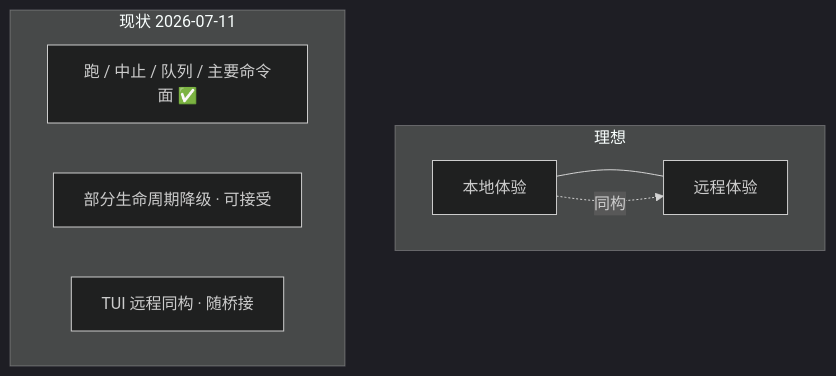
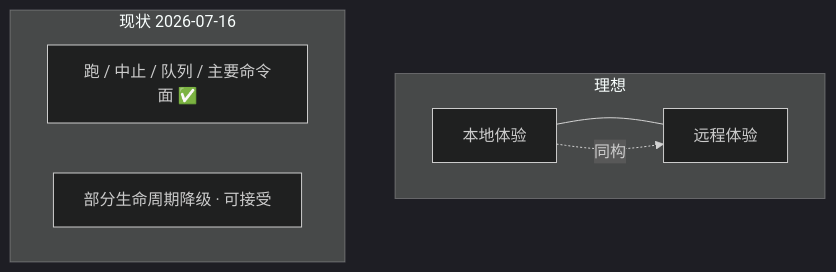
One commit to StrayDragon/xylitol changed the second of 2 diagrams in docs/architecture/远程体验与线协议.md. Above: the diagram before and after it, drawn with Mermaid (dark theme). The commit also changed other lines of this file and 17 other files, not shown here.

First line of the commit message:
docs: refresh architecture status after TUI wave

````diff
--- a/docs/architecture/远程体验与线协议.md
+++ b/docs/architecture/远程体验与线协议.md
@@ -44,13 +44,12 @@
 ```mermaid
 flowchart TB
   subgraph Ideal["理想"]
     L["本地体验"] --- R["远程体验"]
     L -.->|同构| R
   end
 
-  subgraph Actual["现状 2026-07-11"]
+  subgraph Actual["现状 2026-07-16"]
     Ok["跑 / 中止 / 队列 / 主要命令面 ✅"]
     Deg["部分生命周期降级 · 可接受"]
-    Tui["TUI 远程同构 · 随桥接"]
   end
 ```
````
